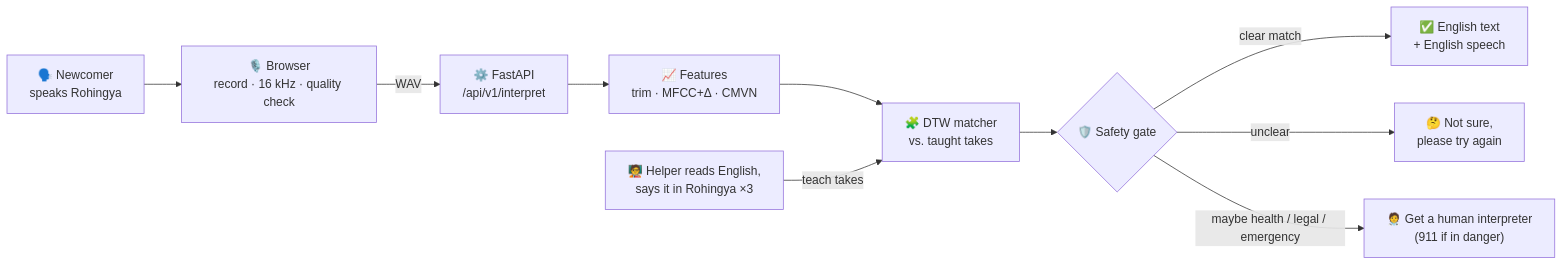
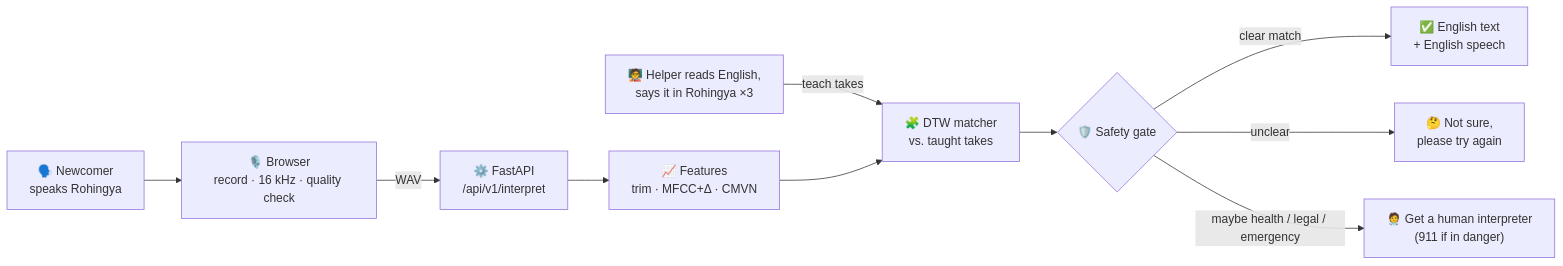
One commit to msamin-25/Rohingya-Watai-proj changed the second of 4 diagrams in README.md. Above: the diagram before and after it, drawn with Mermaid. The commit also changed other lines of this file and 8 other files, not shown here.

First line of the commit message:
docs: single README with draw.io architecture; remove paid CI

````diff
--- a/README.md
+++ b/README.md
@@ -64,12 +107,12 @@
 ```mermaid
 flowchart LR
+  T["🧑‍🏫 Helper reads English,<br/>says it in Rohingya ×3"] -->|teach takes| E
   A["🗣️ Newcomer<br/>speaks Rohingya"] --> B["🎙️ Browser<br/>record · 16 kHz · quality check"]
   B -->|WAV| C["⚙️ FastAPI<br/>/api/v1/interpret"]
   C --> D["📈 Features<br/>trim · MFCC+Δ · CMVN"]
   D --> E["🧩 DTW matcher<br/>vs. taught takes"]
   E --> F{"🛡️ Safety gate"}
   F -->|clear match| G["✅ English text<br/>+ English speech"]
   F -->|unclear| H["🤔 Not sure,<br/>please try again"]
   F -->|maybe health / legal / emergency| I["🧑‍⚕️ Get a human interpreter<br/>(911 if in danger)"]
-  T["🧑‍🏫 Helper reads English,<br/>says it in Rohingya ×3"] -->|teach takes| E
 ```
````
